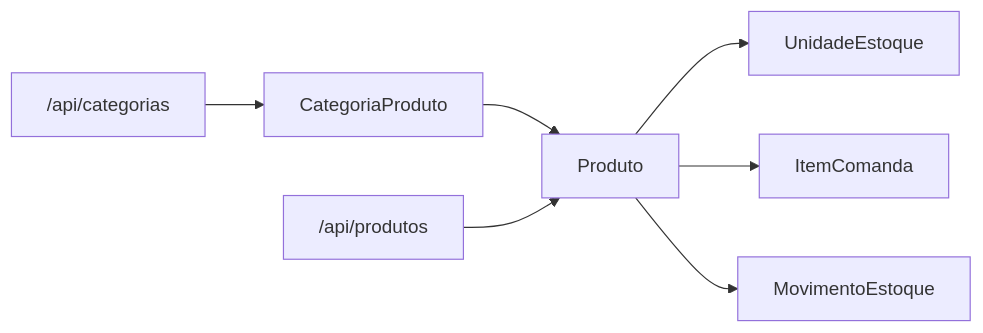
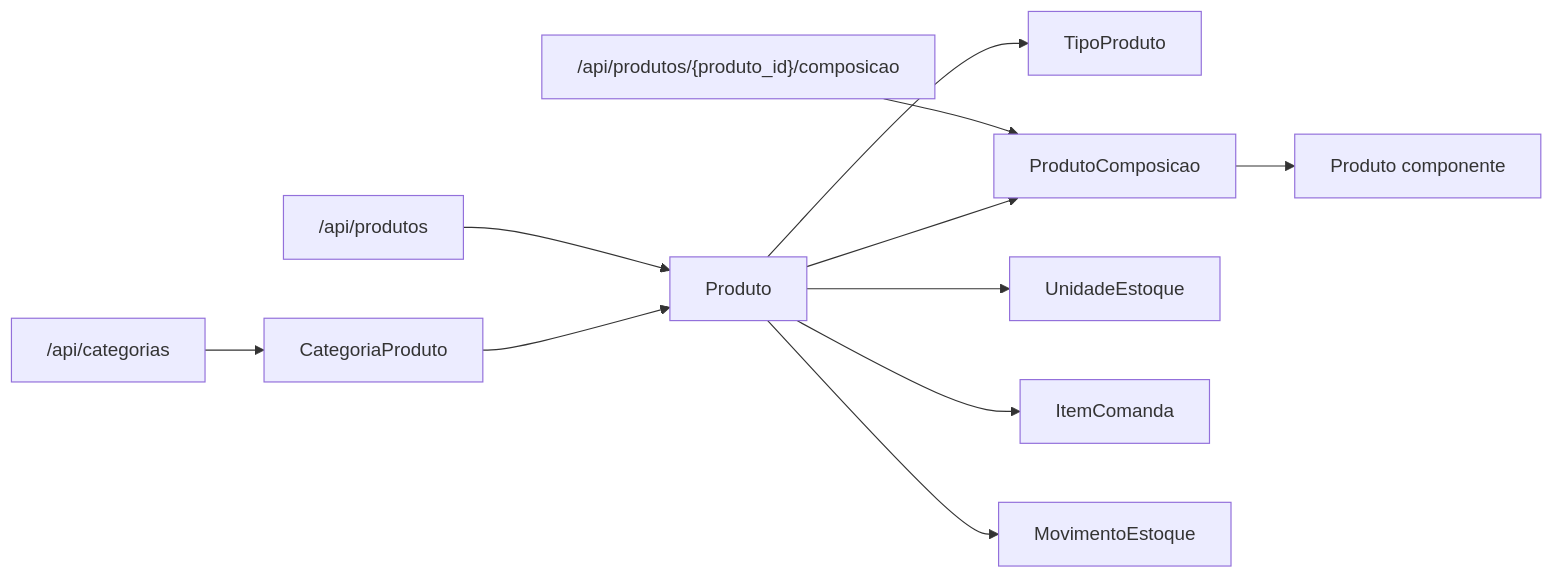
Before and after one commit to OtavioProcopio/area-verde: the diagram in docs/diagrams/modules/produtos-categorias.md, drawn with Mermaid. The commit also changed other lines of this file and 28 other files, not shown here.

````diff
--- a/docs/diagrams/modules/produtos-categorias.md
+++ b/docs/diagrams/modules/produtos-categorias.md
@@ -11,18 +11,26 @@
 ```mermaid
 flowchart LR
     Categoria[CategoriaProduto]
     Produto[Produto]
+    Tipo[TipoProduto]
+    Composicao[ProdutoComposicao]
+    Componente[Produto componente]
     Unidade[UnidadeEstoque]
     Item[ItemComanda]
     Movimento[MovimentoEstoque]
 
     CatAPI["/api/categorias"]
     ProdAPI["/api/produtos"]
+    CompAPI["/api/produtos/{produto_id}/composicao"]
 
     CatAPI --> Categoria
     Categoria --> Produto
     ProdAPI --> Produto
+    Produto --> Tipo
+    Produto --> Composicao
+    Composicao --> Componente
+    CompAPI --> Composicao
     Produto --> Unidade
     Produto --> Item
     Produto --> Movimento
 ```
````
